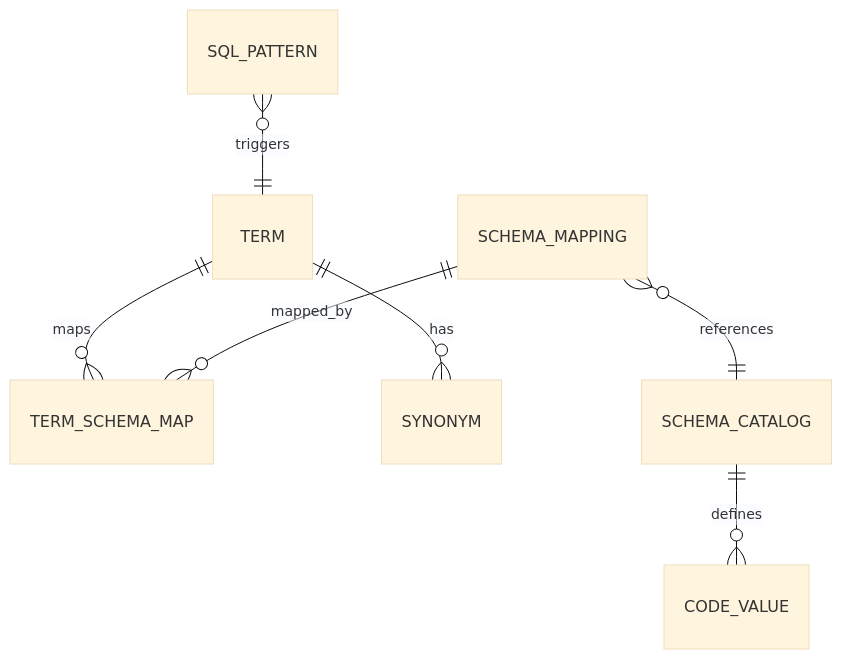
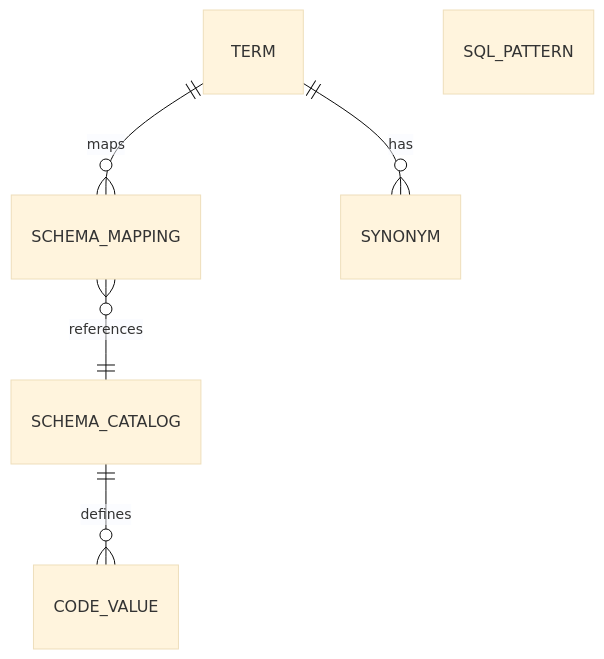
The second of 3 diagrams in .claude/docs/prd-metadata-ontology.md (HongJungWan/metadata-ontology), drawn with Mermaid (base theme) before and after one commit. The commit also changed other lines of this file and 26 other files, not shown here.

````diff
--- a/.claude/docs/prd-metadata-ontology.md
+++ b/.claude/docs/prd-metadata-ontology.md
@@ -51,9 +53,8 @@
 ```mermaid
 erDiagram
-    TERM ||--o{ TERM_SCHEMA_MAP : maps
-    SCHEMA_MAPPING ||--o{ TERM_SCHEMA_MAP : mapped_by
+    TERM ||--o{ SCHEMA_MAPPING : maps
     TERM ||--o{ SYNONYM : has
     SCHEMA_MAPPING }o--|| SCHEMA_CATALOG : references
     SCHEMA_CATALOG ||--o{ CODE_VALUE : defines
-    SQL_PATTERN }o--|| TERM : triggers
+    SQL_PATTERN
 ```
````
